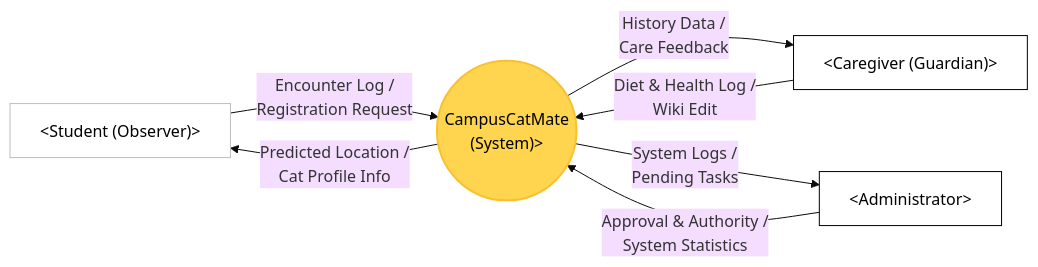
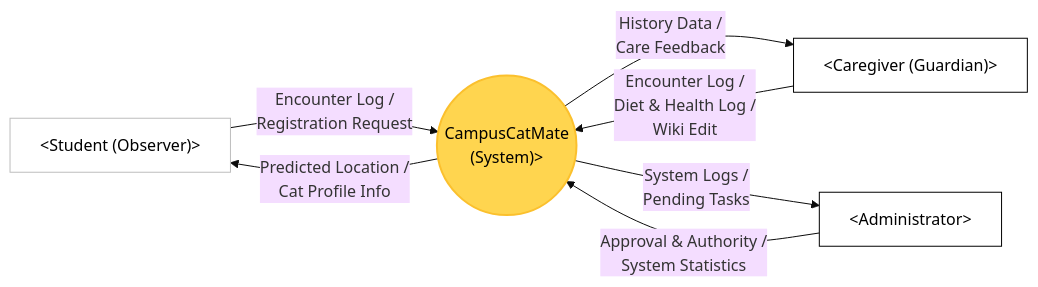
The diagram in OSS_2026/Conceptualization_[22411841_박다래].md (Pdar124/OSS_2026), drawn with Mermaid (base theme) before and after one commit. The commit also changed other lines of this file, not shown here.

````diff
--- a/OSS_2026/Conceptualization_[22411841_박다래].md
+++ b/OSS_2026/Conceptualization_[22411841_박다래].md
@@ -56,26 +57,27 @@
 ```mermaid
 
 graph LR
     %% Actor Definitions
     Student["<<Student (Observer)>Student (Observer)">]
     Caregiver["<<Caregiver (Guardian)>Caregiver (Guardian)">]
     Admin["<<Administrator>Administrator">]
     System(("CampusCatMate<br/>(System)">))
 
     %% Data Inflow (Actors to System)
     Student -- "Encounter Log /<br/>Registration Request" --> System
-    Caregiver -- "Diet & Health Log /<br/>Wiki Edit" --> System
+    Caregiver -- "Encounter Log /
+    Diet & Health Log /<br/>Wiki Edit" --> System
     Admin -- "Approval & Authority /<br/>System Statistics" --> System
 
     %% Data Outflow (System to Actors)
     System -- "Predicted Location /<br/>Cat Profile Info" --> Student
     System -- "History Data /<br/>Care Feedback" --> Caregiver
     System -- "System Logs /<br/>Pending Tasks" --> Admin
 
     %% Styling
     style System fill:#FFD54F,stroke:#FBC02D,stroke-width:2px,color:#000
     style Student fill:#fff,stroke:#bdbdbd,stroke-width:1px,color:#000
     style Caregiver fill:#fff,stroke:#000,stroke-width:1px,color:#000
     style Admin fill:#fff,stroke:#000,stroke-width:1px,color:#000
 
 ```
````
